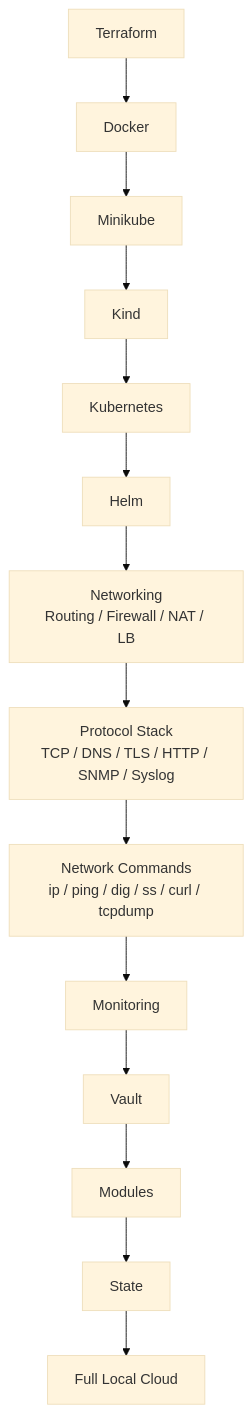
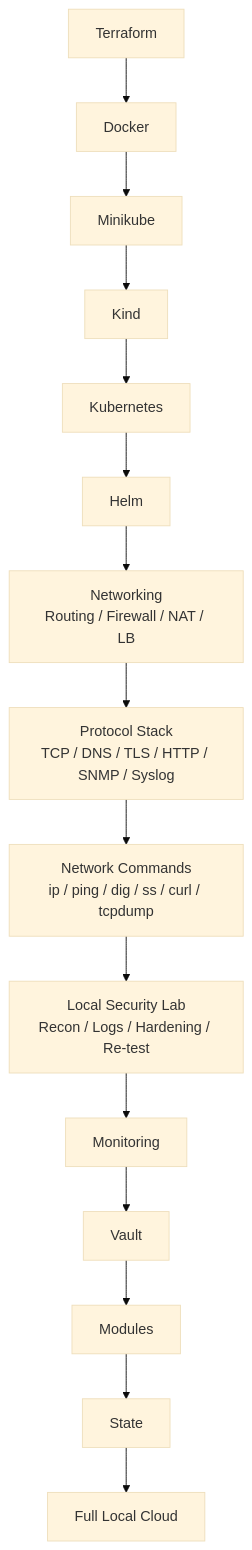
One commit to seki999/terraform-local-cloud-learning-lab changed the diagram in docs/00-learning-roadmap.md. Above: the diagram before and after it, drawn with Mermaid (base theme). The commit also changed other lines of this file and 8 other files, not shown here.

First line of the commit message:
Add local security attack-defense learning lab

````diff
--- a/docs/00-learning-roadmap.md
+++ b/docs/00-learning-roadmap.md
@@ -7,19 +7,20 @@
 ```mermaid
 flowchart TD
     S1["Terraform"]
     S2["Docker"]
     S3["Minikube"]
     S4["Kind"]
     S5["Kubernetes"]
     S6["Helm"]
     N["Networking\nRouting / Firewall / NAT / LB"]
     P["Protocol Stack\nTCP / DNS / TLS / HTTP / SNMP / Syslog"]
     C["Network Commands\nip / ping / dig / ss / curl / tcpdump"]
+    SEC["Local Security Lab\nRecon / Logs / Hardening / Re-test"]
     S8["Monitoring"]
     S9["Vault"]
     S10["Modules"]
     S11["State"]
     S12["Full Local Cloud"]
 
-    S1 --> S2 --> S3 --> S4 --> S5 --> S6 --> N --> P --> C --> S8 --> S9 --> S10 --> S11 --> S12
+    S1 --> S2 --> S3 --> S4 --> S5 --> S6 --> N --> P --> C --> SEC --> S8 --> S9 --> S10 --> S11 --> S12
 ```
````
